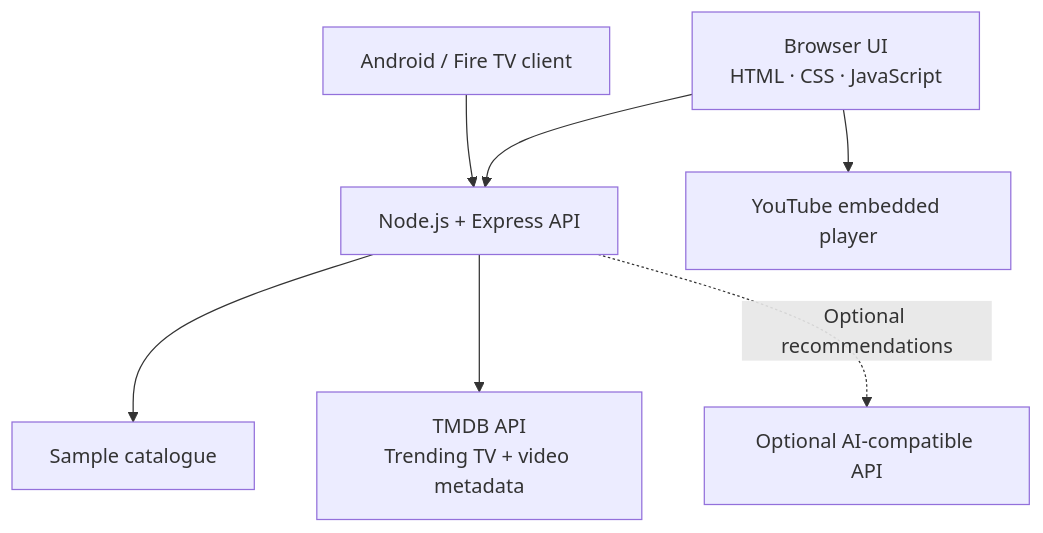
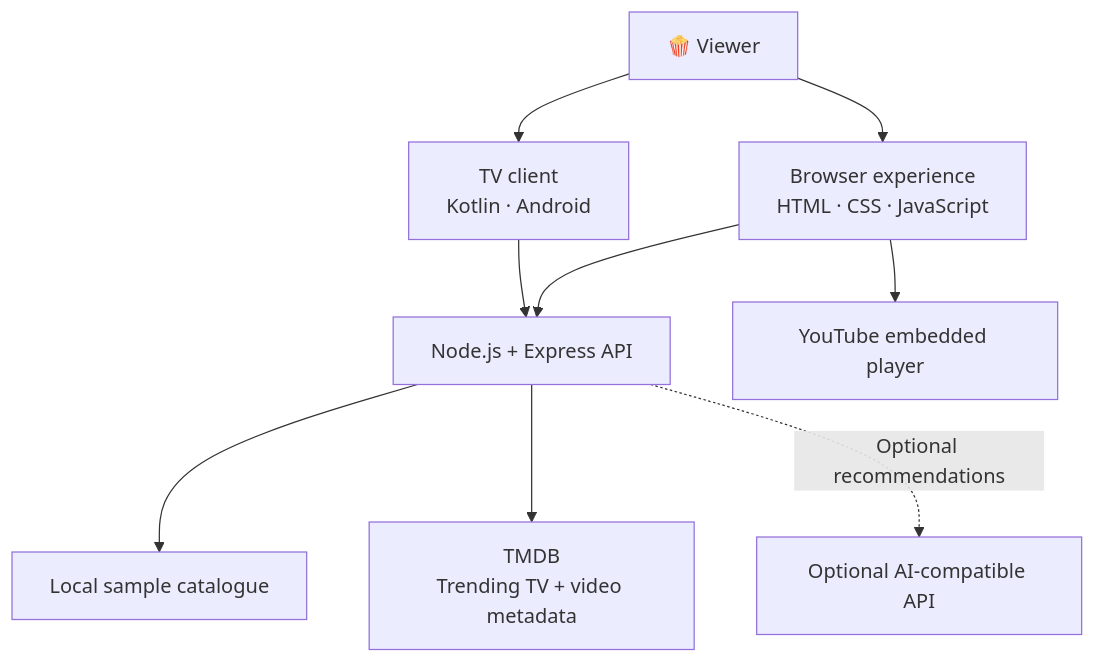
Before and after one commit to Mohitrath/watchwise-fire-tv: the diagram in README.md, drawn with Mermaid. The commit also changed other lines of this file, not shown here.

````diff
--- a/README.md
+++ b/README.md
@@ -79,17 +84,20 @@
 ```mermaid
 flowchart TD
-    WEB["Browser UI<br/>HTML · CSS · JavaScript"]
-    TV["Android / Fire TV client"]
+    USER["🍿 Viewer"]
+    WEB["Browser experience<br/>HTML · CSS · JavaScript"]
+    TV["TV client<br/>Kotlin · Android"]
     API["Node.js + Express API"]
-    DATA["Sample catalogue"]
-    TMDB["TMDB API<br/>Trending TV + video metadata"]
-    YT["YouTube embedded player"]
+    CATALOGUE["Local sample catalogue"]
+    TMDB["TMDB<br/>Trending TV + video metadata"]
+    YOUTUBE["YouTube embedded player"]
     AI["Optional AI-compatible API"]
 
+    USER --> WEB
+    USER --> TV
     WEB --> API
     TV --> API
-    API --> DATA
+    API --> CATALOGUE
     API --> TMDB
-    WEB --> YT
-    API -. Optional recommendations .-> AI
+    WEB --> YOUTUBE
+    API -. "Optional recommendations" .-> AI
 ```
````
